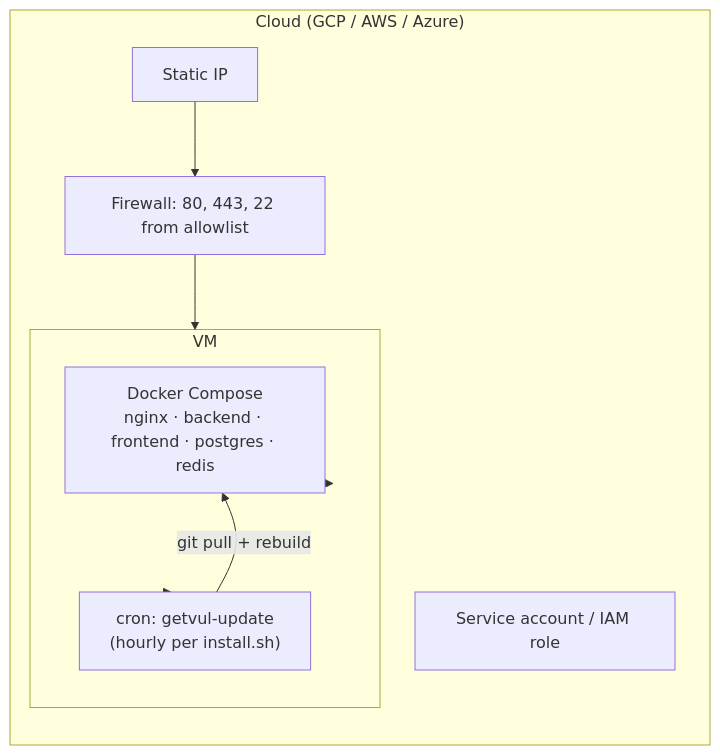
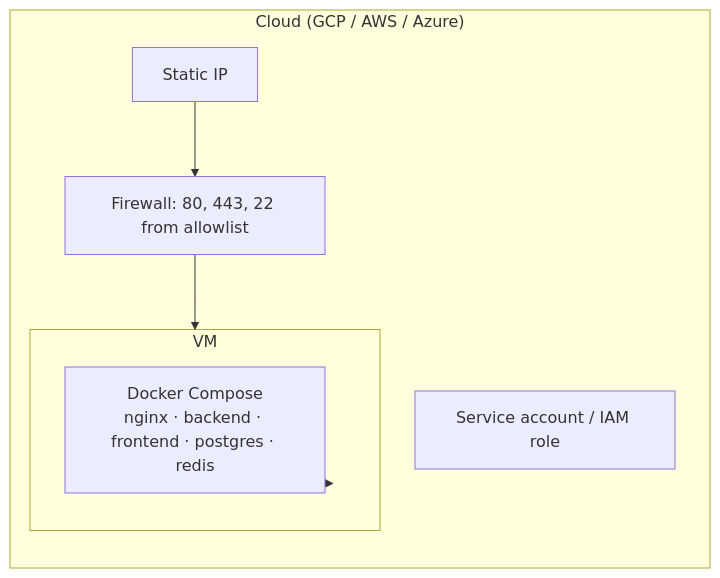
One commit to Cyber-Solutions-MD/getvul changed the fifth of 5 diagrams in docs/02-architecture.md. Above: the diagram before and after it, drawn with Mermaid. The commit also changed 2 other files, not shown here.

Commit message:
docs(03-01): remove CRON node from architecture diagram + clean project-structure + rewrite troubleshooting B1
- docs/02-architecture.md: delete CRON mermaid node and its two edges (VM-->CRON, CRON-->DC)
- docs/07-project-structure.md: remove auto-update.sh entry from scripts/ tree; update install.sh
  description from '8-step ... cron' to '7-step ... seed' (cron no longer exists)
- docs/17-troubleshooting.md: rewrite B1 from 'hourly cron vs CD race' to 'migrated VM cron
  residue cleanup'; remove 'Or disable CD until Phase 3' interim-fix language (D-03)

````diff
--- a/docs/02-architecture.md
+++ b/docs/02-architecture.md
@@ -187,17 +187,14 @@
 ```mermaid
 flowchart LR
     subgraph "Cloud (GCP / AWS / Azure)"
         STIP[Static IP]
         FW[Firewall: 80, 443, 22 from allowlist]
         VM["VM: e2-medium / t3.medium / Standard_B2s<br/>30GB SSD, COS or Ubuntu 22.04"]
         SA[Service account / IAM role]
     end
     subgraph "VM"
         DC["Docker Compose<br/>nginx · backend · frontend · postgres · redis"]
-        CRON["cron: getvul-update<br/>(hourly per install.sh)"]
     end
     STIP --> FW --> VM
     VM --> DC
-    VM --> CRON
-    CRON -->|git pull + rebuild| DC
 ```
````
